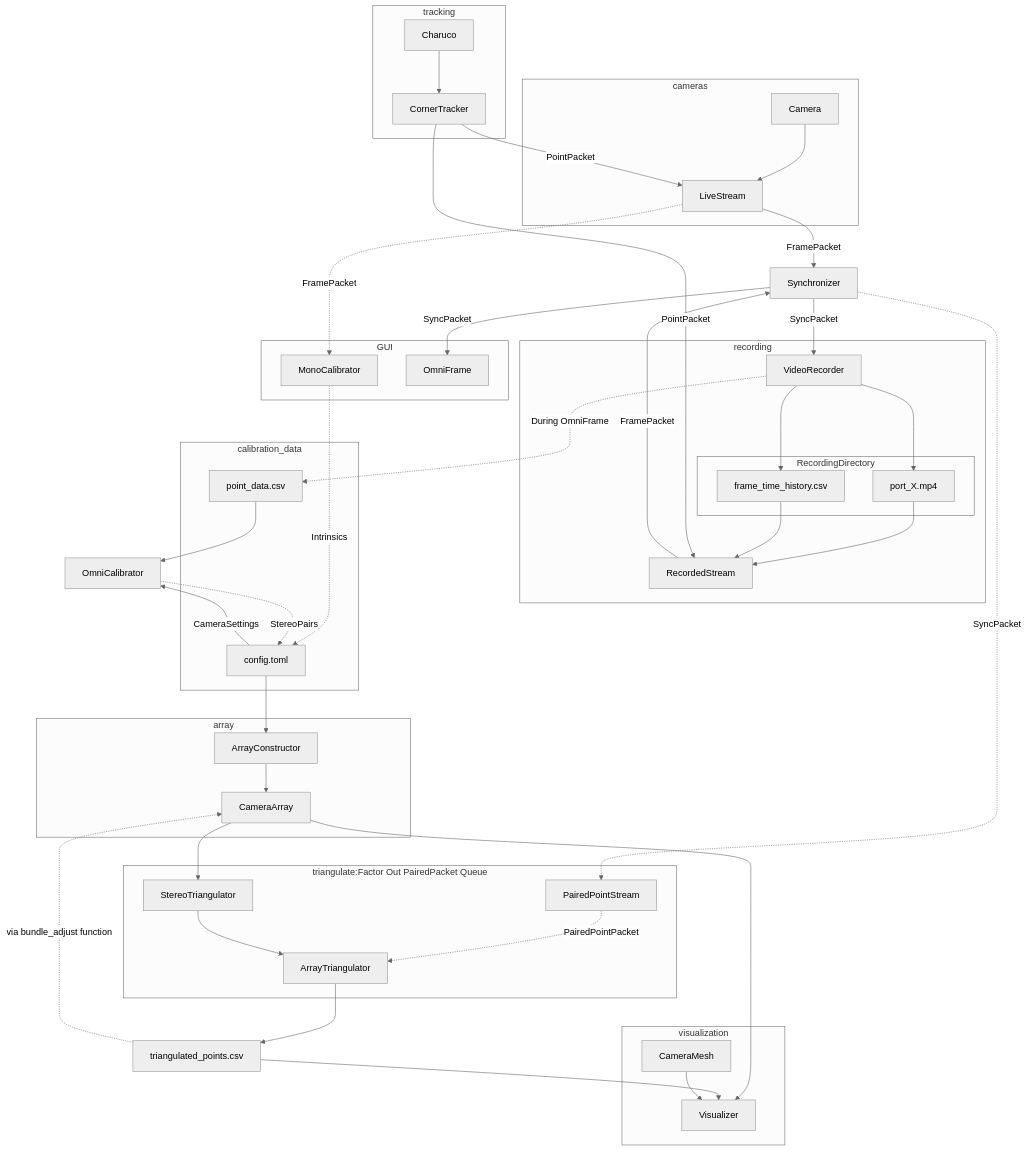
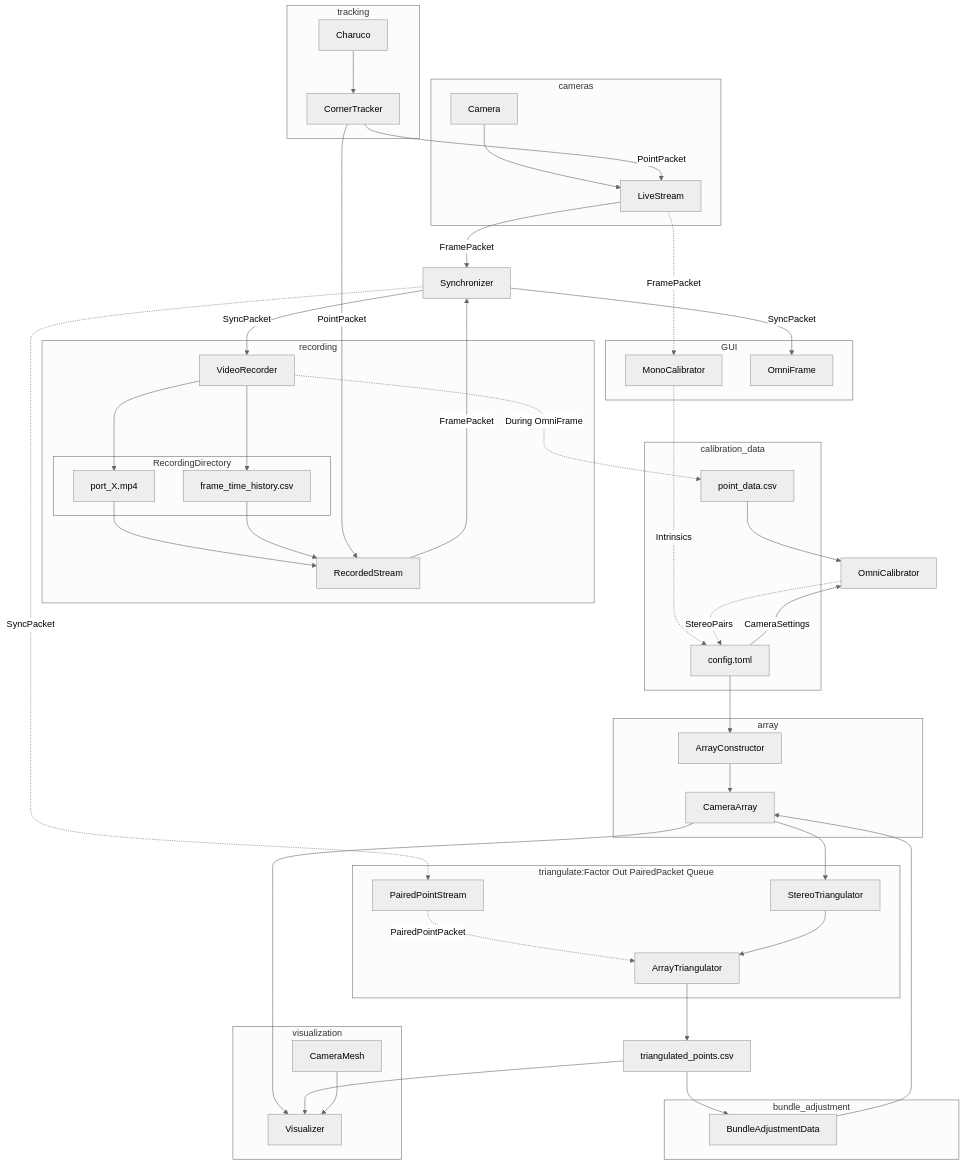
The diagram in README.md (mprib/caliscope), drawn with Mermaid (neutral theme) before and after one commit.

Commit message:
clarify bundle adj data role

```diff
--- a/README.md
+++ b/README.md
@@ -88,7 +88,14 @@
 ArrayTriangulator --> triangulated_points.csv
 triangulated_points.csv --> Visualizer
 
-triangulated_points.csv -.via bundle_adjust function.-> CameraArray
+triangulated_points.csv --> BundleAdjustmentData
+
+subgraph bundle_adjustment
+BundleAdjustmentData --> CameraArray
+
+end
+
+
 
 subgraph visualization
     CameraMesh --> Visualizer
```
